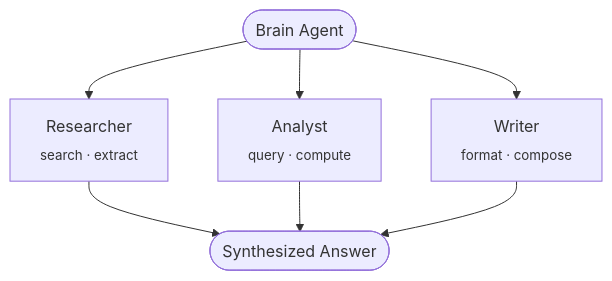
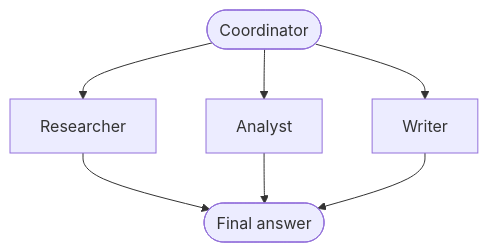
One commit to Corza-AI/corza-agent-framework changed the third of 3 diagrams in README.md. Above: the diagram before and after it, drawn with Mermaid. The commit also changed other lines of this file, not shown here.

First line of the commit message:
docs(readme): rewrite for clarity — plainer language, narrative flow, progressive disclosure

````diff
--- a/README.md
+++ b/README.md
@@ -159,11 +151,11 @@
 ```mermaid
 flowchart TB
-    B(["Brain Agent"])
-    R["Researcher<br/><sub>search · extract</sub>"]
-    A["Analyst<br/><sub>query · compute</sub>"]
-    W["Writer<br/><sub>format · compose</sub>"]
-    S(["Synthesized Answer"])
+    B([Coordinator])
+    R["Researcher"]
+    A["Analyst"]
+    W["Writer"]
+    S([Final answer])
     B --> R --> S
     B --> A --> S
     B --> W --> S
 ```
````
